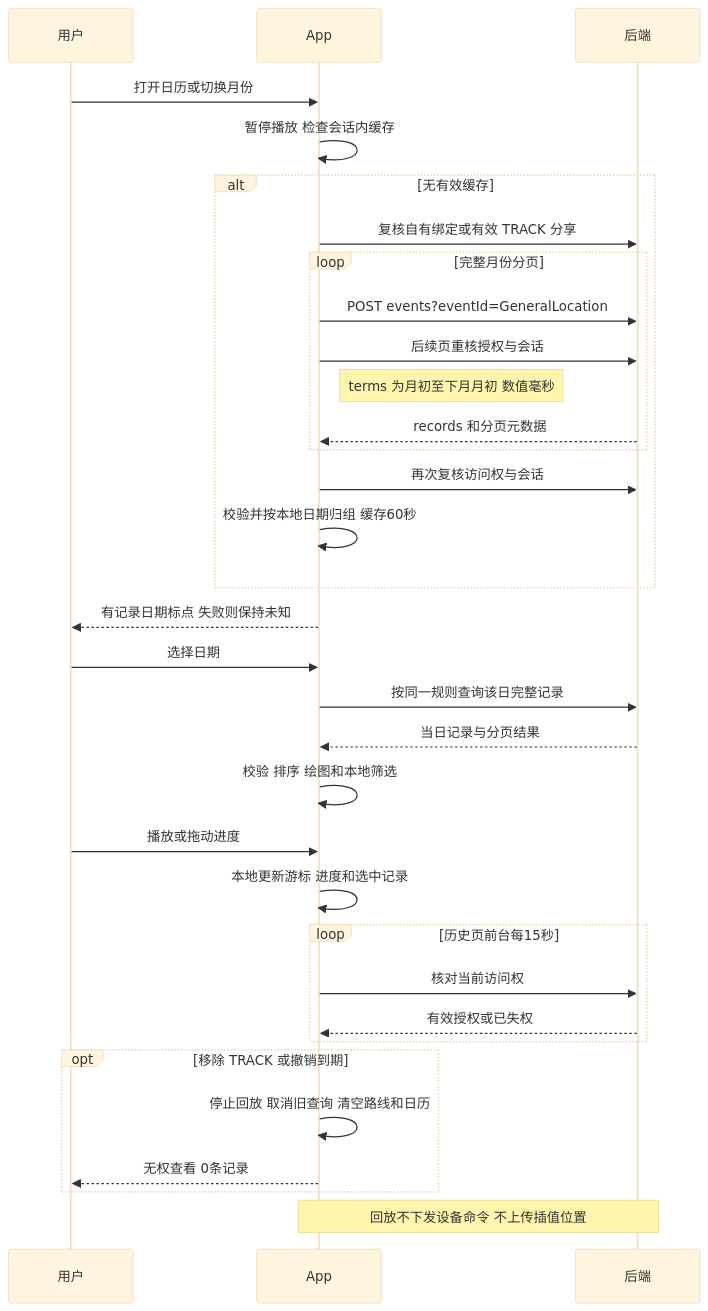
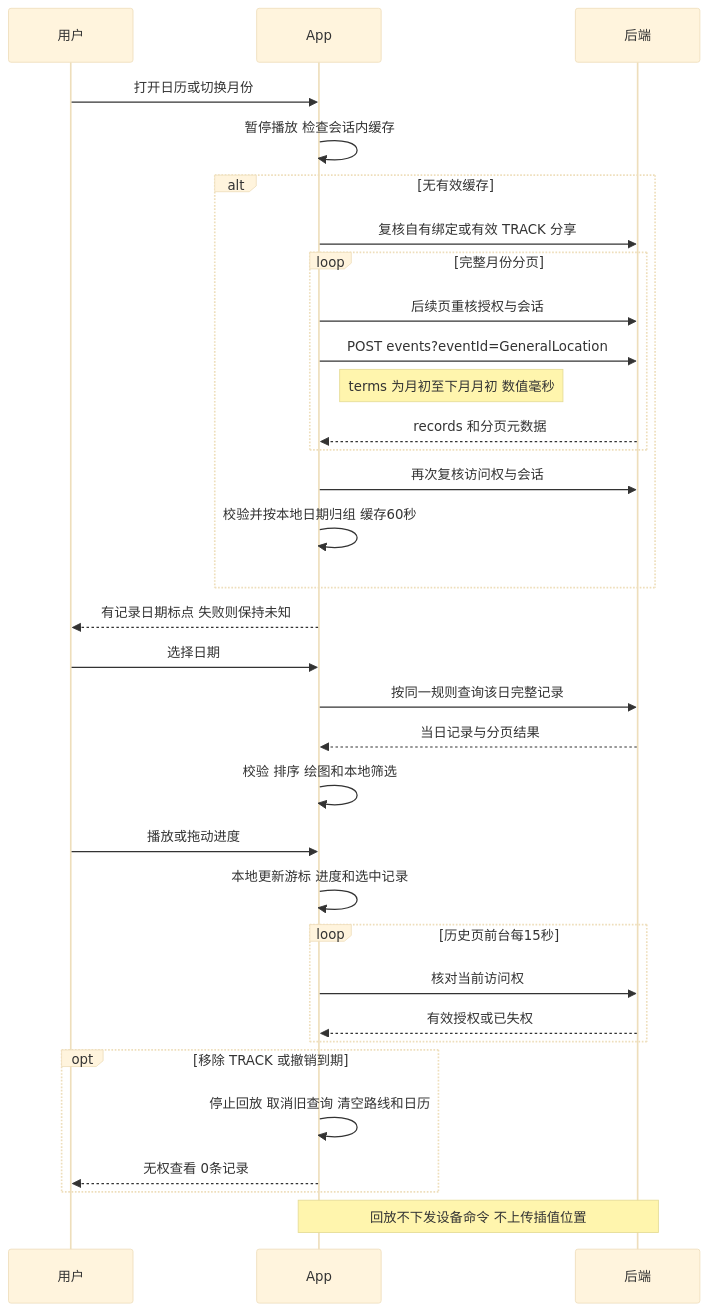
One commit to jarLiao/eview-connect-c-app-prototype changed the diagram in guides/history-track-sequence.mmd. Above: the diagram before and after it, drawn with Mermaid (base theme). The commit also changed other lines of this file and 4 other files, not shown here.

```diff
--- a/guides/history-track-sequence.mmd
+++ b/guides/history-track-sequence.mmd
@@ -1,33 +1,33 @@
 sequenceDiagram
     participant U as 用户
     participant App as App
     participant API as 后端
     U->>App: 打开日历或切换月份
     App->>App: 暂停播放 检查会话内缓存
     alt 无有效缓存
         App->>API: 复核自有绑定或有效 TRACK 分享
         loop 完整月份分页
+            App->>API: 后续页重核授权与会话
             App->>API: POST events?eventId=GeneralLocation
-            App->>API: 后续页重核授权与会话
             Note right of App: terms 为月初至下月月初 数值毫秒
             API-->>App: records 和分页元数据
         end
         App->>API: 再次复核访问权与会话
         App->>App: 校验并按本地日期归组 缓存60秒
     end
     App-->>U: 有记录日期标点 失败则保持未知
     U->>App: 选择日期
     App->>API: 按同一规则查询该日完整记录
     API-->>App: 当日记录与分页结果
     App->>App: 校验 排序 绘图和本地筛选
     U->>App: 播放或拖动进度
     App->>App: 本地更新游标 进度和选中记录
     loop 历史页前台每15秒
         App->>API: 核对当前访问权
         API-->>App: 有效授权或已失权
     end
     opt 移除 TRACK 或撤销到期
         App->>App: 停止回放 取消旧查询 清空路线和日历
         App-->>U: 无权查看 0条记录
     end
     Note over App,API: 回放不下发设备命令 不上传插值位置
```
